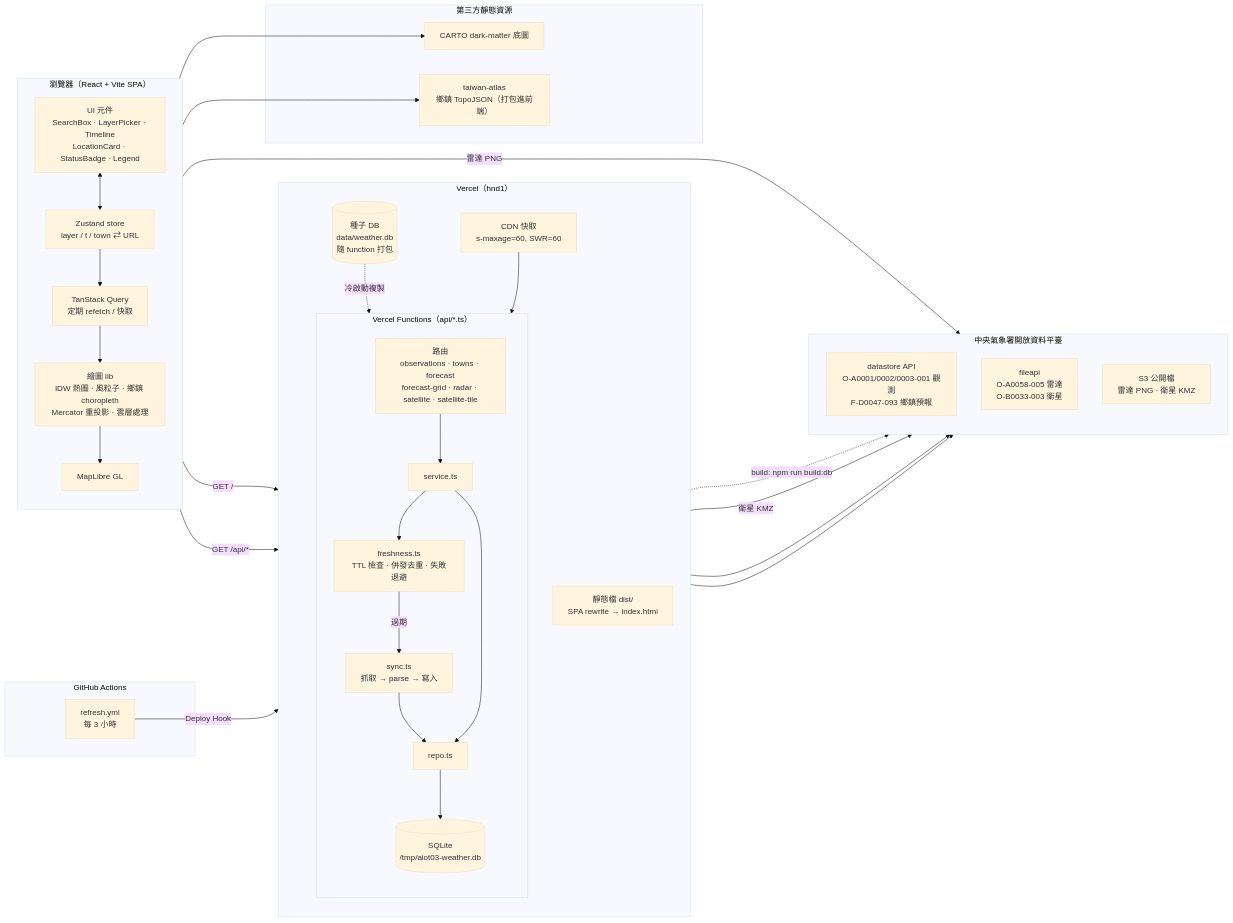
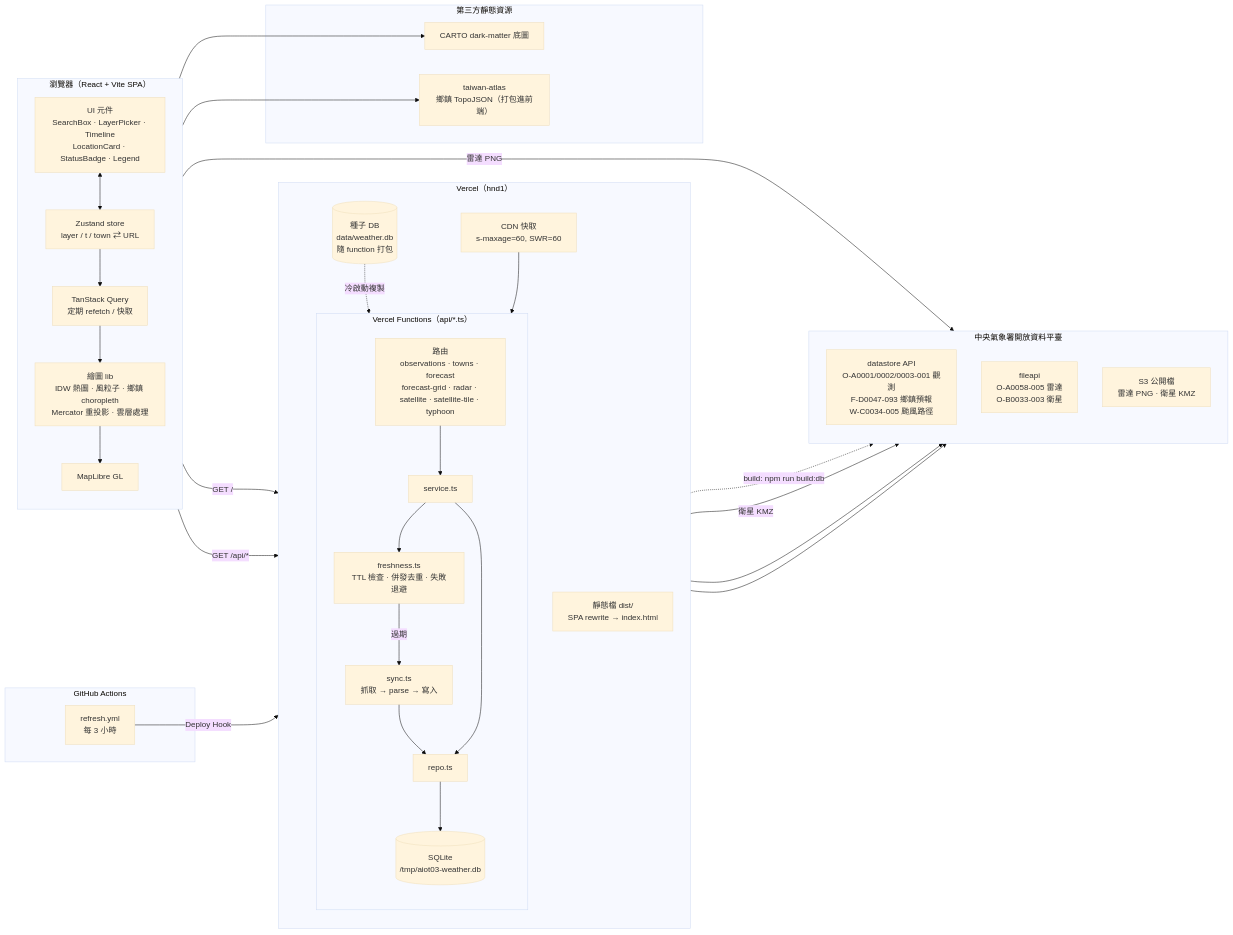
One commit to anjyuelee/aiot03 changed the first of 3 diagrams in README.md. Above: the diagram before and after it, drawn with Mermaid (base theme). The commit also changed other lines of this file, not shown here.

First line of the commit message:
docs: add typhoon layer to readme

````diff
--- a/README.md
+++ b/README.md
@@ -31,62 +32,62 @@
 ```mermaid
 flowchart LR
   subgraph Browser["瀏覽器（React + Vite SPA）"]
     direction TB
     UI["UI 元件<br/>SearchBox · LayerPicker · Timeline<br/>LocationCard · StatusBadge · Legend"]
     Store["Zustand store<br/>layer / t / town ⇄ URL"]
     Query["TanStack Query<br/>定期 refetch / 快取"]
     Render["繪圖 lib<br/>IDW 熱圖 · 風粒子 · 鄉鎮 choropleth<br/>Mercator 重投影 · 雲層處理"]
     Map["MapLibre GL"]
     UI <--> Store
     Store --> Query
     Query --> Render --> Map
   end
 
   subgraph Vercel["Vercel（hnd1）"]
     direction TB
     Static["靜態檔 dist/<br/>SPA rewrite → index.html"]
     CDN["CDN 快取<br/>s-maxage=60, SWR=60"]
     subgraph Fn["Vercel Functions（api/*.ts）"]
       direction TB
-      API["路由<br/>observations · towns · forecast<br/>forecast-grid · radar · satellite · satellite-tile"]
+      API["路由<br/>observations · towns · forecast<br/>forecast-grid · radar · satellite · satellite-tile · typhoon"]
       Service["service.ts"]
       Fresh["freshness.ts<br/>TTL 檢查 · 併發去重 · 失敗退避"]
       Sync["sync.ts<br/>抓取 → parse → 寫入"]
       Repo["repo.ts"]
       TmpDB[("SQLite<br/>/tmp/aiot03-weather.db")]
       API --> Service --> Fresh
       Fresh -- 過期 --> Sync --> Repo
       Service --> Repo --> TmpDB
     end
     Seed[("種子 DB<br/>data/weather.db<br/>隨 function 打包")]
     Seed -. 冷啟動複製 .-> TmpDB
     CDN --> API
   end
 
   subgraph CWA["中央氣象署開放資料平臺"]
     direction TB
-    DS["datastore API<br/>O-A0001/0002/0003-001 觀測<br/>F-D0047-093 鄉鎮預報"]
+    DS["datastore API<br/>O-A0001/0002/0003-001 觀測<br/>F-D0047-093 鄉鎮預報<br/>W-C0034-005 颱風路徑"]
     FA["fileapi<br/>O-A0058-005 雷達<br/>O-B0033-003 衛星"]
     S3["S3 公開檔<br/>雷達 PNG · 衛星 KMZ"]
   end
 
   subgraph Ext["第三方靜態資源"]
     Carto["CARTO dark-matter 底圖"]
     Atlas["taiwan-atlas<br/>鄉鎮 TopoJSON（打包進前端）"]
   end
 
   subgraph CI["GitHub Actions"]
     Cron["refresh.yml<br/>每 3 小時"]
   end
 
   Browser -- "GET /" --> Static
   Query -- "GET /api/*" --> CDN
   Map --> Carto
   Render --> Atlas
   Render -- "雷達 PNG" --> S3
   Sync --> DS
   Sync --> FA
   Sync -- "衛星 KMZ" --> S3
   Cron -- "Deploy Hook" --> Vercel
   Vercel -. "build: npm run build:db" .-> CWA
 ```
````
